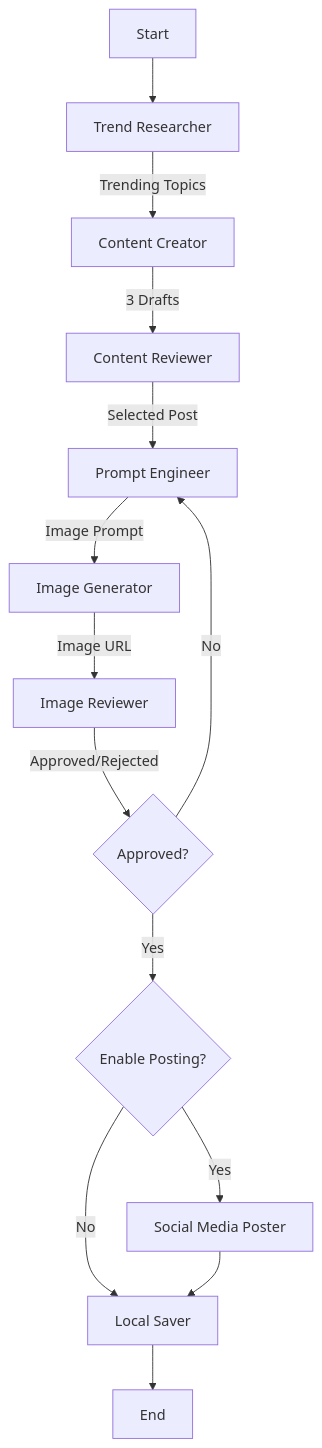
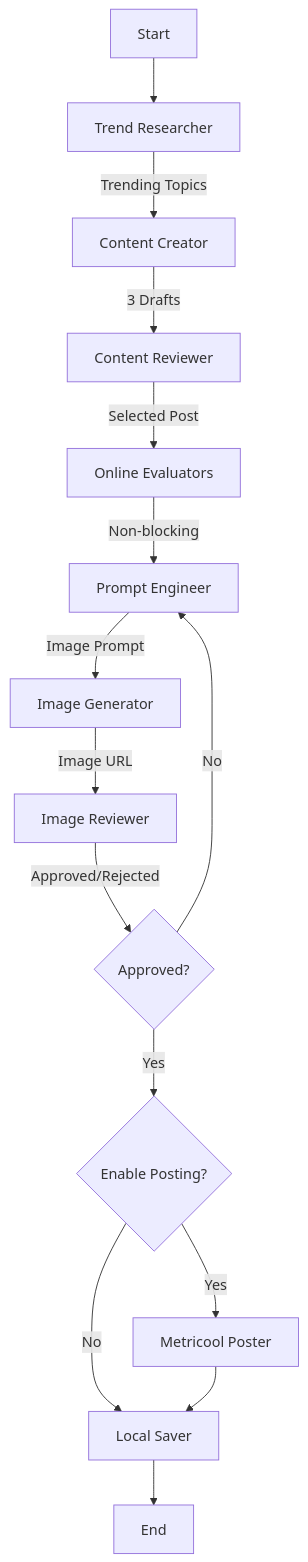
One commit to NoahJenkins/automated-social-media-post-workflow changed the diagram in README.md. Above: the diagram before and after it, drawn with Mermaid. The commit also changed other lines of this file, not shown here.

Commit message:
feat: update README.md to reflect changes in workflow components and posting via Metricool; enhance clarity on API key requirements and evaluation processes

````diff
--- a/README.md
+++ b/README.md
@@ -20,16 +21,17 @@
 ```mermaid
 graph TD
     Start --> Researcher
     Researcher[Trend Researcher] -->|Trending Topics| Creator
     Creator[Content Creator] -->|3 Drafts| Reviewer
-    Reviewer[Content Reviewer] -->|Selected Post| PromptEng
+    Reviewer[Content Reviewer] -->|Selected Post| Evaluators
+    Evaluators[Online Evaluators] -->|Non-blocking| PromptEng
     PromptEng[Prompt Engineer] -->|Image Prompt| ImgGen
     ImgGen[Image Generator] -->|Image URL| ImgReviewer
     ImgReviewer[Image Reviewer] -->|Approved/Rejected| Decision{Approved?}
     Decision -- Yes --> PosterOrSaver
     Decision -- No --> PromptEng
     PosterOrSaver{Enable Posting?} -- Yes --> Poster
     PosterOrSaver -- No --> Saver
-    Poster[Social Media Poster] --> Saver
+    Poster[Metricool Poster] --> Saver
     Saver[Local Saver] --> End
 ```
````
